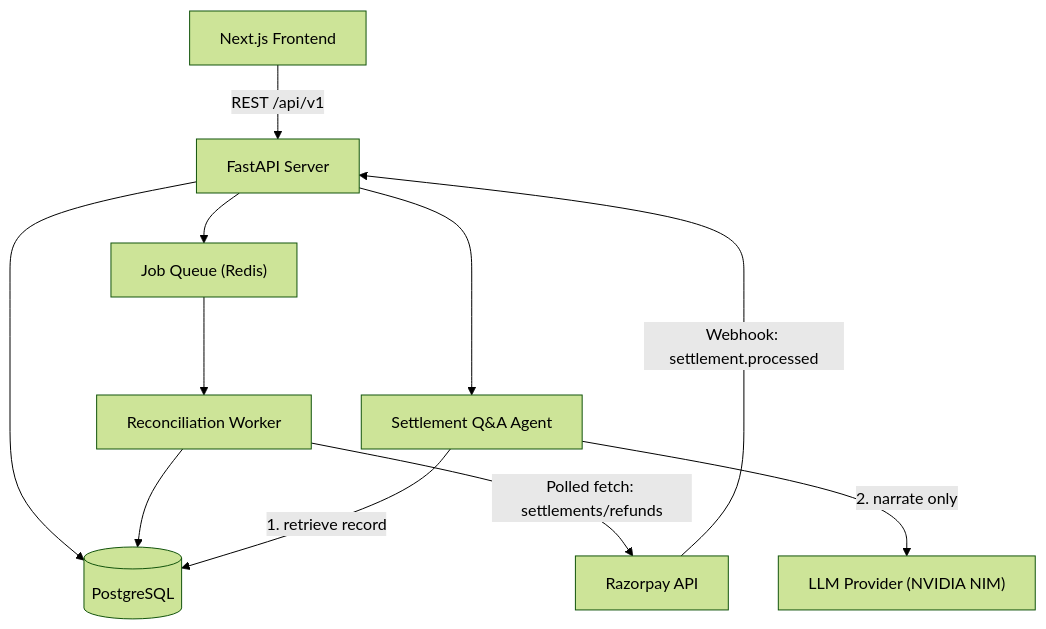
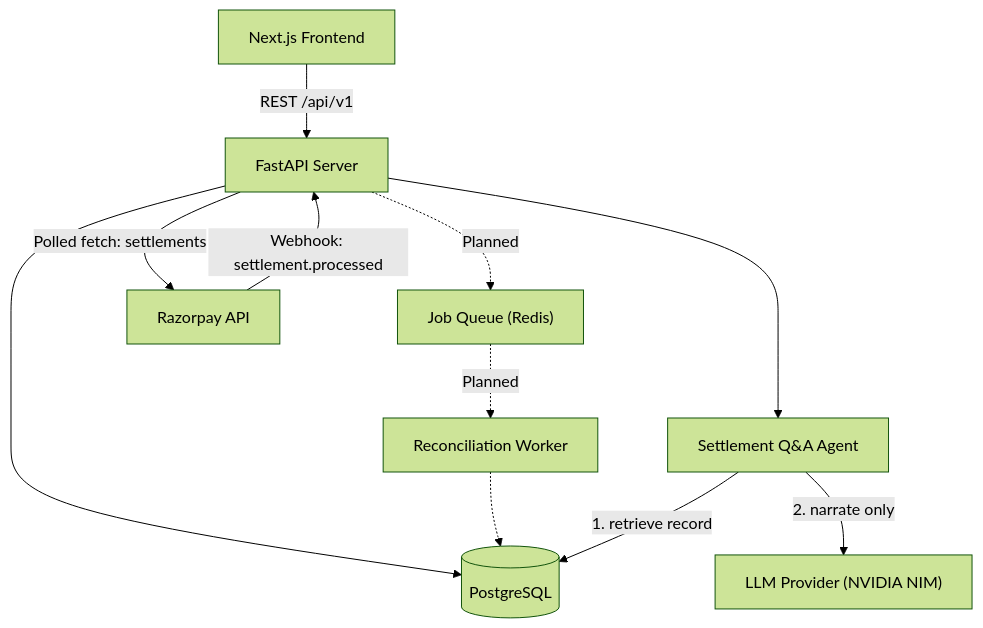
The first of 4 diagrams in SYSTEM-DESIGN.md (AkshayHaldar/ReconGrid-AI), drawn with Mermaid (forest theme) before and after one commit. The commit also changed other lines of this file and 87 other files, not shown here.

````diff
--- a/SYSTEM-DESIGN.md
+++ b/SYSTEM-DESIGN.md
@@ -35,13 +35,13 @@
 ```mermaid
 flowchart TB
     FE["Next.js Frontend"] -->|REST /api/v1| API["FastAPI Server"]
     API --> DB[(PostgreSQL)]
-    API --> Q["Job Queue (Redis)"]
-    Q --> Worker["Reconciliation Worker"]
-    Worker --> DB
+    API -.->|Planned| Q["Job Queue (Redis)"]
+    Q -.->|Planned| Worker["Reconciliation Worker"]
+    Worker -.-> DB
     RZP["Razorpay API"] -->|Webhook: settlement.processed| API
-    Worker -->|Polled fetch: settlements/refunds| RZP
+    API -->|Polled fetch: settlements| RZP
     API --> QA["Settlement Q&A Agent"]
     QA -->|1. retrieve record| DB
     QA -->|2. narrate only| LLM["LLM Provider (NVIDIA NIM)"]
 ```
````
